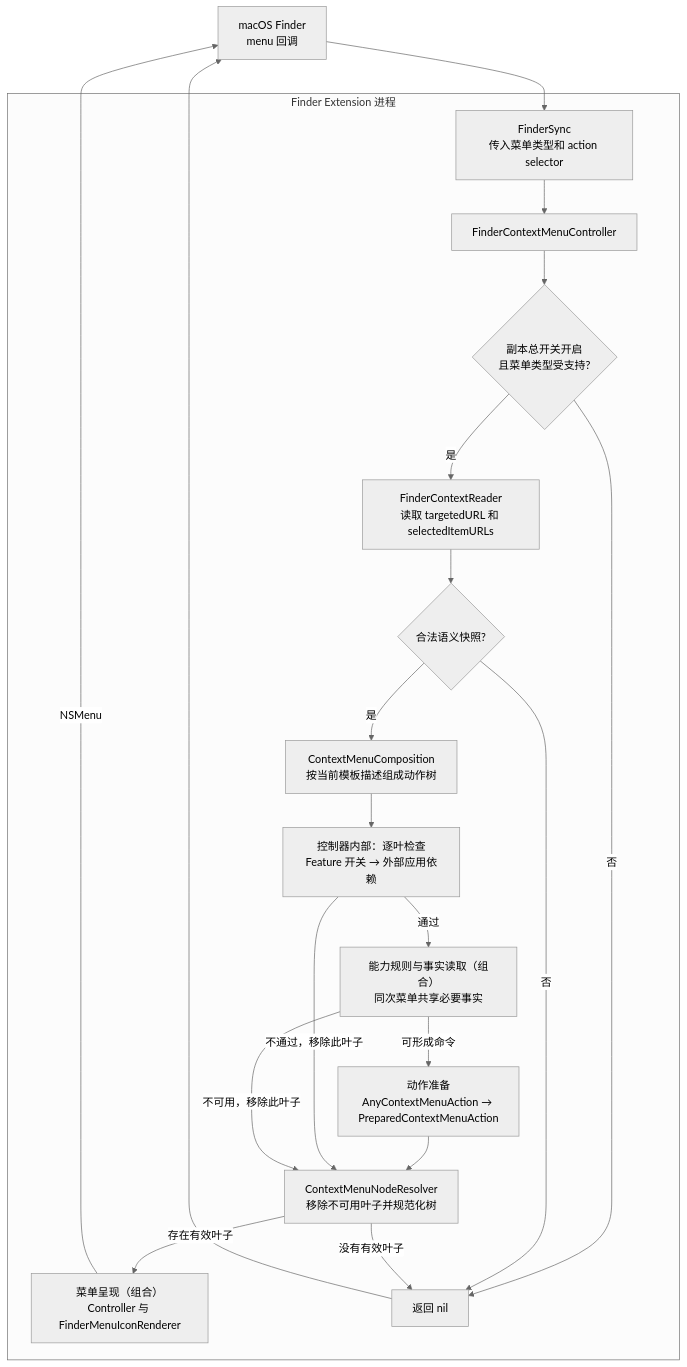
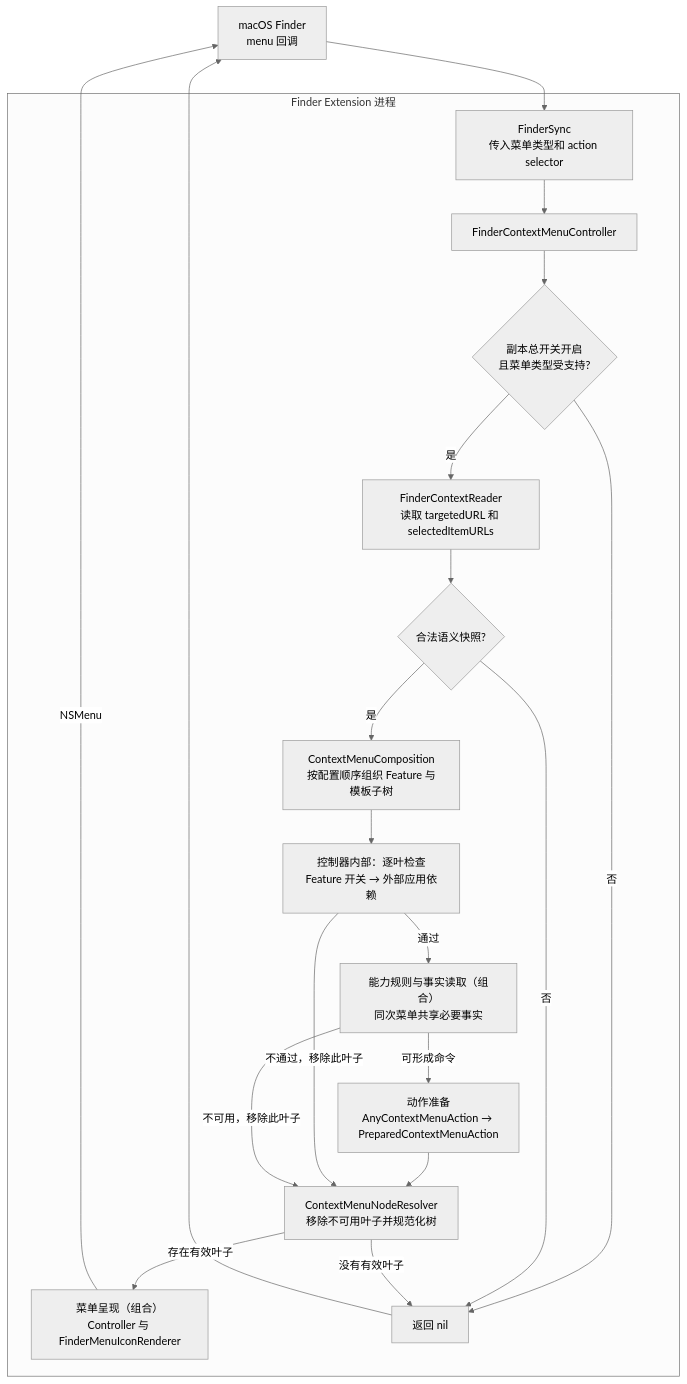
The second of 4 diagrams in spec/Technical/Runtime/MenuExecution.md (tlb-22/mac-tool-ecmenu), drawn with Mermaid (neutral theme) before and after one commit. The commit also changed other lines of this file and 48 other files, not shown here.

````diff
--- a/spec/Technical/Runtime/MenuExecution.md
+++ b/spec/Technical/Runtime/MenuExecution.md
@@ -50,32 +50,32 @@
 ```mermaid
 flowchart TB
     finder[macOS Finder<br/>menu 回调]
     subgraph ext[Finder Extension 进程]
         entry[FinderSync<br/>传入菜单类型和 action selector]
         controller[FinderContextMenuController]
         enabled{副本总开关开启<br/>且菜单类型受支持?}
         read[FinderContextReader<br/>读取 targetedURL 和 selectedItemURLs]
         valid{合法语义快照?}
-        composition[ContextMenuComposition<br/>按当前模板描述组成动作树]
+        composition[ContextMenuComposition<br/>按配置顺序组织 Feature 与模板子树]
         filter[控制器内部：逐叶检查<br/>Feature 开关 → 外部应用依赖]
         facts[能力规则与事实读取（组合）<br/>同次菜单共享必要事实]
         prepared[动作准备<br/>AnyContextMenuAction → PreparedContextMenuAction]
         tree[ContextMenuNodeResolver<br/>移除不可用叶子并规范化树]
         render[菜单呈现（组合）<br/>Controller 与 FinderMenuIconRenderer]
         none[返回 nil]
         entry --> controller --> enabled
         enabled -->|是| read --> valid
         enabled -->|否| none
         valid -->|是| composition --> filter
         valid -->|否| none
         filter -->|通过| facts
         facts -->|可形成命令| prepared --> tree
         filter -->|不通过，移除此叶子| tree
         facts -->|不可用，移除此叶子| tree
         tree -->|存在有效叶子| render
         tree -->|没有有效叶子| none
     end
     finder --> entry
     render -->|NSMenu| finder
     none --> finder
 ```
````
